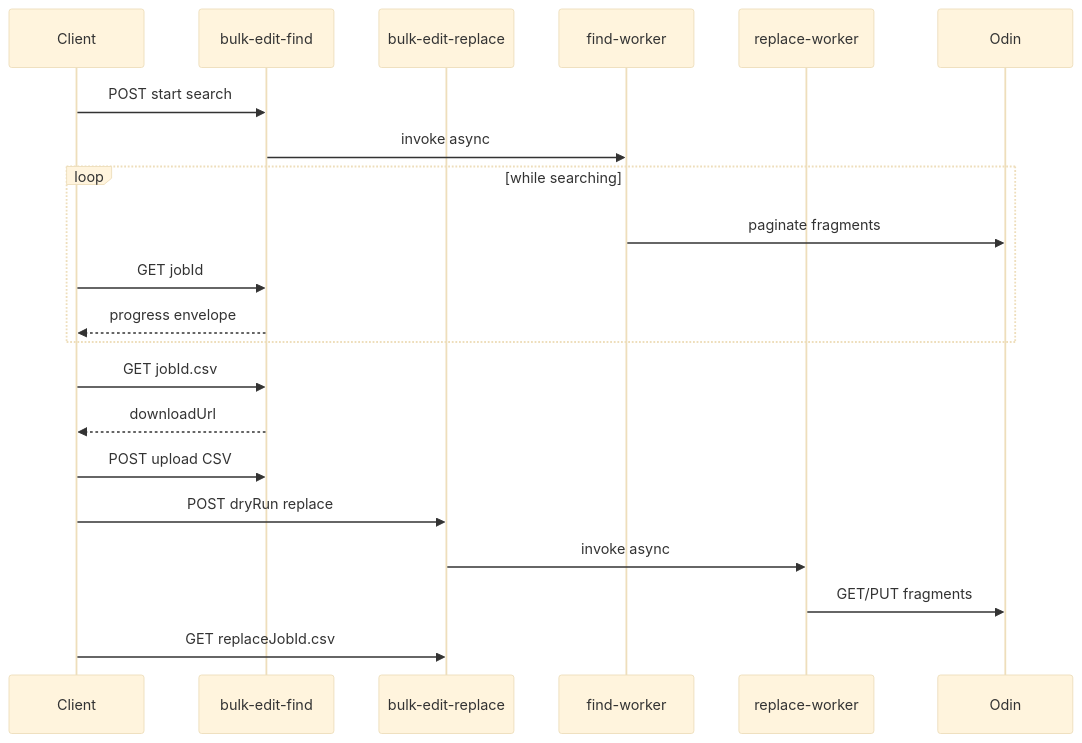
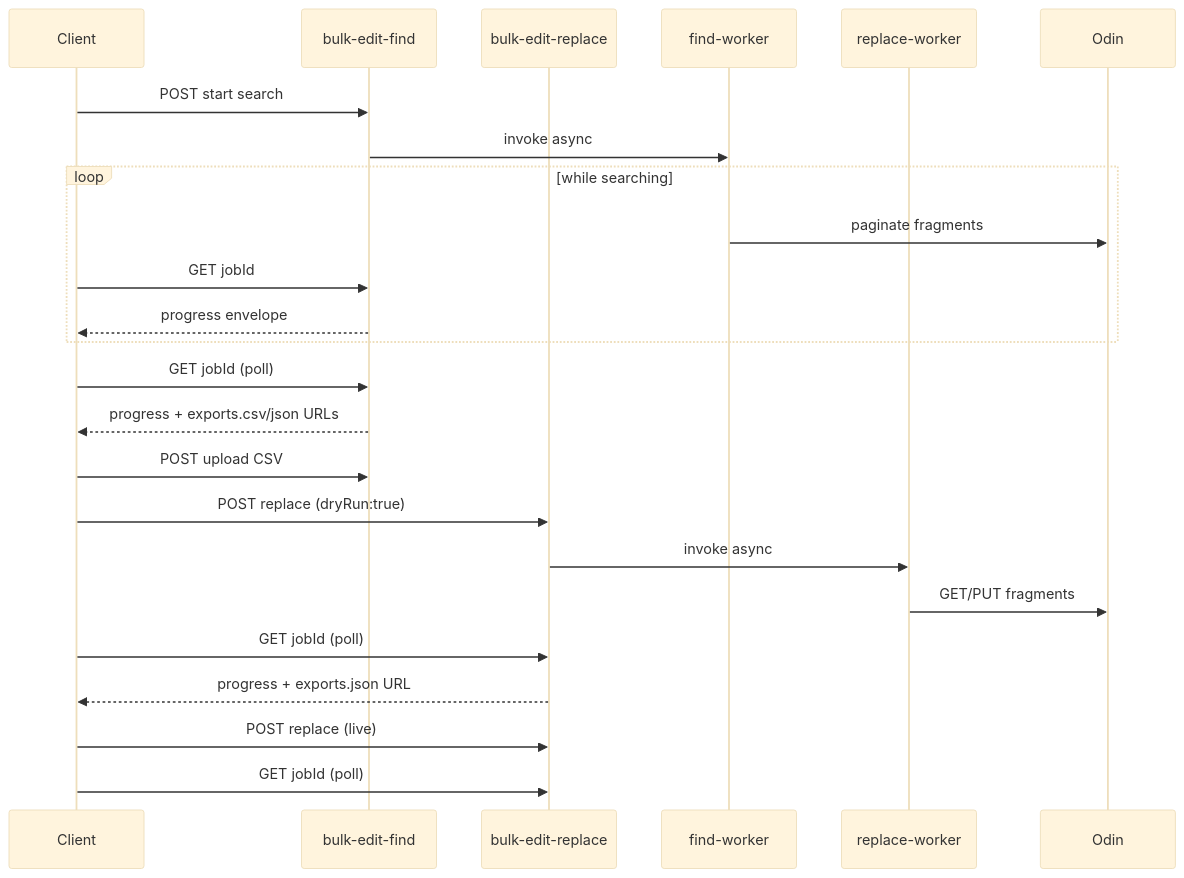
Before and after one commit to adobecom/mas: the diagram in io/studio/src/bulk-edit/README.md, drawn with Mermaid (base theme). The commit also changed other lines of this file and 16 other files, not shown here.

````diff
--- a/io/studio/src/bulk-edit/README.md
+++ b/io/studio/src/bulk-edit/README.md
@@ -37,24 +35,27 @@
 ```mermaid
 sequenceDiagram
     participant Client
     participant Find as bulk-edit-find
     participant Replace as bulk-edit-replace
     participant FindWorker as find-worker
     participant ReplaceWorker as replace-worker
     participant Odin
 
     Client->>Find: POST start search
     Find->>FindWorker: invoke async
     loop while searching
         FindWorker->>Odin: paginate fragments
         Client->>Find: GET jobId
         Find-->>Client: progress envelope
     end
-    Client->>Find: GET jobId.csv
-    Find-->>Client: downloadUrl
+    Client->>Find: GET jobId (poll)
+    Find-->>Client: progress + exports.csv/json URLs
     Client->>Find: POST upload CSV
-    Client->>Replace: POST dryRun replace
+    Client->>Replace: POST replace (dryRun:true)
     Replace->>ReplaceWorker: invoke async
     ReplaceWorker->>Odin: GET/PUT fragments
-    Client->>Replace: GET replaceJobId.csv
+    Client->>Replace: GET jobId (poll)
+    Replace-->>Client: progress + exports.json URL
+    Client->>Replace: POST replace (live)
+    Client->>Replace: GET jobId (poll)
 ```
````
